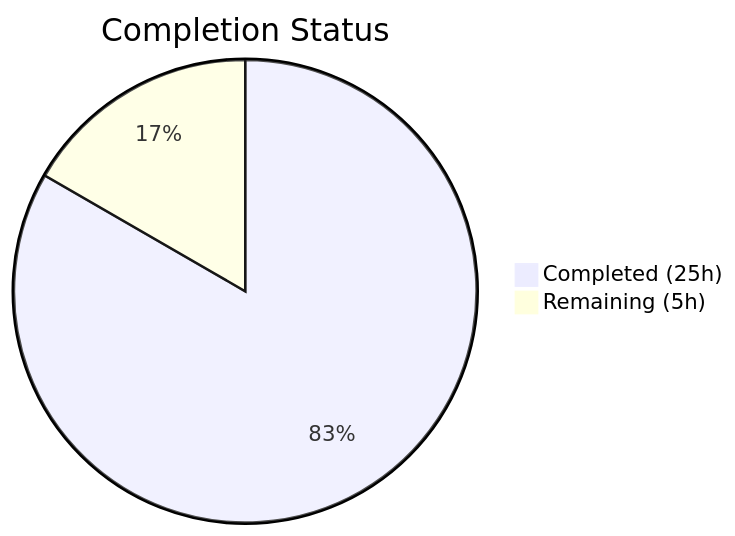
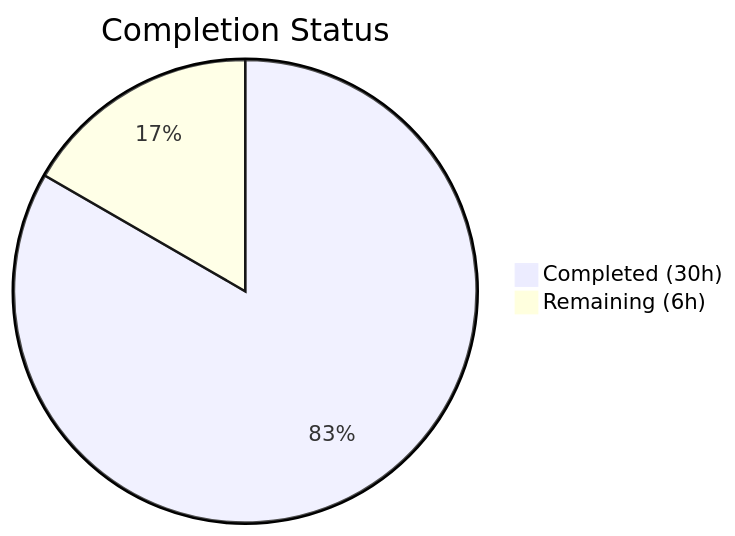
One commit to Blitzy-Sandbox/blitzy-cal changed the first of 2 diagrams in blitzy/documentation/Project Guide.md. Above: the diagram before and after it, drawn with Mermaid. The commit also changed other lines of this file, not shown here.

Commit message:
Adding Blitzy Project Guide: Project Status and Human Tasks Remaining

````diff
--- a/blitzy/documentation/Project Guide.md
+++ b/blitzy/documentation/Project Guide.md
@@ -13,5 +13,5 @@
 ```mermaid
 pie title Completion Status
-    "Completed (25h)" : 25
-    "Remaining (5h)" : 5
+    "Completed (30h)" : 30
+    "Remaining (6h)" : 6
 ```
````
